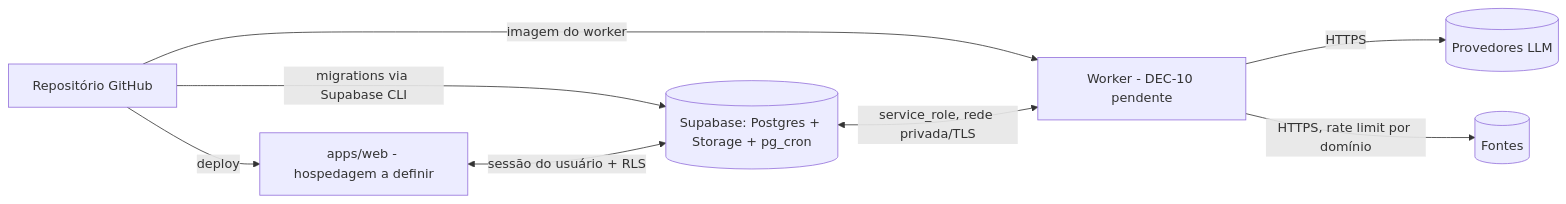
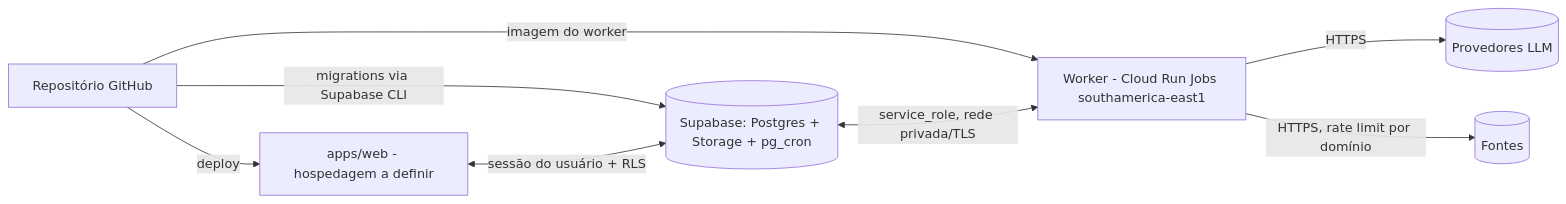
Before and after one commit to iagoxcs/Nexa: the third of 3 diagrams in docs/architecture.md, drawn with Mermaid. The commit also changed other lines of this file and 2 other files, not shown here.

First line of the commit message:
Registra aprovação de DEC-08, DEC-09, DEC-10 e categoria piloto

````diff
--- a/docs/architecture.md
+++ b/docs/architecture.md
@@ -167,10 +167,10 @@
 ```mermaid
 flowchart LR
   DEV[Repositório GitHub] -->|migrations via Supabase CLI| SB[(Supabase: Postgres + Storage + pg_cron)]
-  DEV -->|imagem do worker| WK[Worker - DEC-10 pendente]
+  DEV -->|imagem do worker| WK[Worker - Cloud Run Jobs southamerica-east1]
   DEV -->|deploy| WEBH[apps/web - hospedagem a definir]
   SB <-->|service_role, rede privada/TLS| WK
   WEBH <-->|sessão do usuário + RLS| SB
   WK -->|HTTPS| LLM[(Provedores LLM)]
   WK -->|HTTPS, rate limit por domínio| SRC[(Fontes)]
 ```
````
